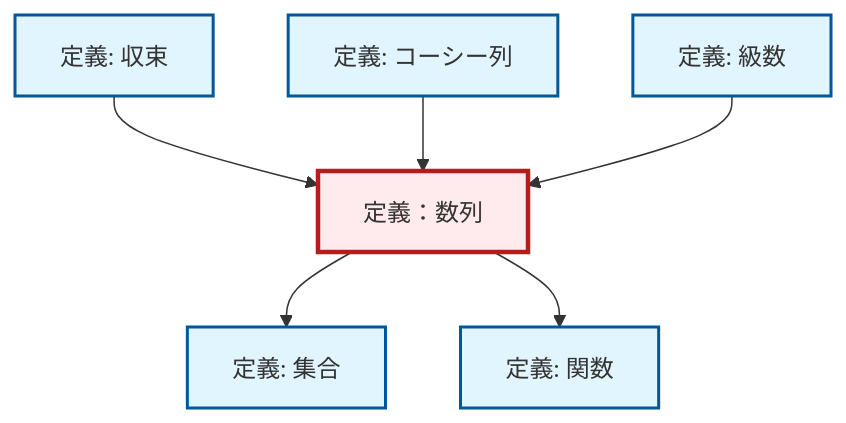
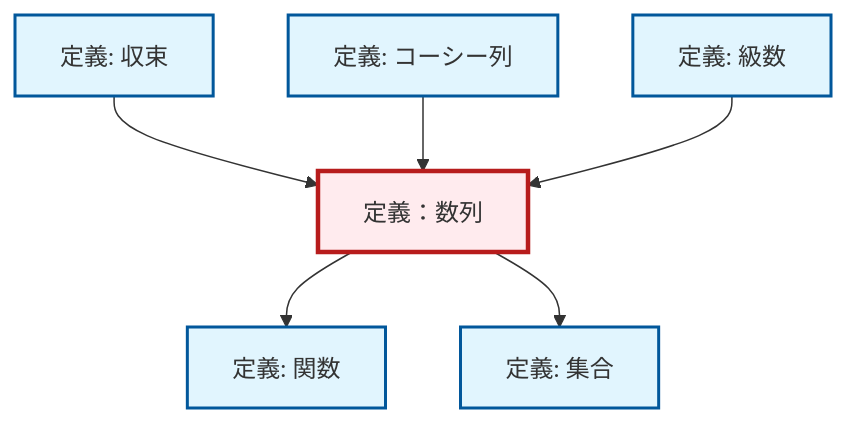
The diagram in content/ja/analysis/def-sequence.qmd (RK0429/ModernMath), drawn with Mermaid before and after one commit. The commit also changed 672 other files, not shown here.

````diff
--- a/content/ja/analysis/def-sequence.qmd
+++ b/content/ja/analysis/def-sequence.qmd
@@ -77,26 +77,26 @@
 ```{mermaid}
-%%| fig-cap: "Local dependency graph"
+%%| fig-cap: "ローカル依存関係グラフ"
 graph TD
     classDef definition fill:#e1f5fe,stroke:#01579b,stroke-width:2px
     classDef theorem fill:#f3e5f5,stroke:#4a148c,stroke-width:2px
     classDef axiom fill:#fff3e0,stroke:#e65100,stroke-width:2px
     classDef example fill:#e8f5e9,stroke:#1b5e20,stroke-width:2px
     classDef current fill:#ffebee,stroke:#b71c1c,stroke-width:3px
+    def-cauchy-sequence["定義: コーシー列"]:::definition
     def-set["定義: 集合"]:::definition
+    def-convergence["定義: 収束"]:::definition
+    def-function["定義: 関数"]:::definition
     def-series["定義: 級数"]:::definition
-    def-function["定義: 関数"]:::definition
-    def-convergence["定義: 収束"]:::definition
     def-sequence["定義：数列"]:::definition
-    def-cauchy-sequence["定義: コーシー列"]:::definition
+    def-sequence --> def-function
     def-convergence --> def-sequence
     def-sequence --> def-set
     def-cauchy-sequence --> def-sequence
     def-series --> def-sequence
-    def-sequence --> def-function
     class def-sequence current
+    click def-cauchy-sequence "def-cauchy-sequence.html" "コーシー列の定義へ"
     click def-set "def-set.html" "集合の定義へ"
+    click def-convergence "def-convergence.html" "収束の定義へ"
+    click def-function "def-function.html" "関数の定義へ"
     click def-series "def-series.html" "級数の定義へ"
-    click def-function "def-function.html" "関数の定義へ"
-    click def-convergence "def-convergence.html" "収束の定義へ"
-    click def-cauchy-sequence "def-cauchy-sequence.html" "コーシー列の定義へ"
 ```
````
